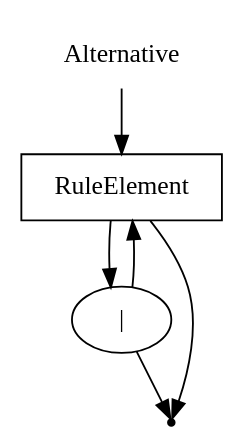
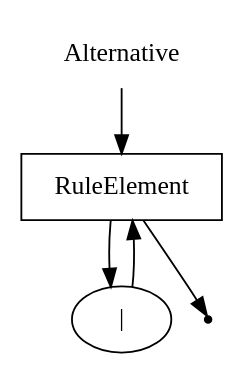
The diagram in DSLTools/examples/rbnf/wirth/Alternative.gv (EgorGoluzin/DSL), drawn with Graphviz before and after one commit. The commit also changed 5 other files, not shown here.

```diff
--- a/DSLTools/examples/rbnf/wirth/Alternative.gv
+++ b/DSLTools/examples/rbnf/wirth/Alternative.gv
@@ -1,11 +1,10 @@
 digraph Alternative {
     start [label="Alternative" shape=plaintext];
     A [label="RuleElement" shape=box];
     B [label="|" shape=oval];
     end [label="" shape=point];
     start -> A;
     A -> B;
     A -> end;
     B -> A;
-    B -> end;
 }
```
